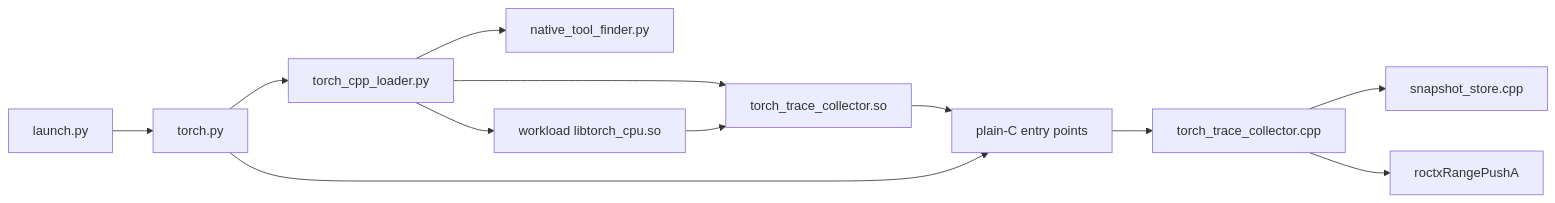
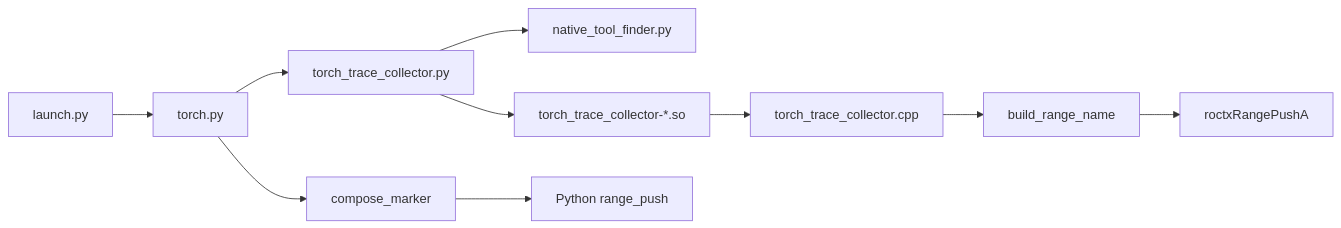
Before and after one commit to ROCm/rocm-systems: the first of 2 diagrams in projects/rocprofiler-compute/docs/design/lld-torch-trace-collector.md, drawn with Mermaid. The commit also changed other lines of this file and 2 other files, not shown here.

Commit message:
[rocprofiler-compute] Rewrite collector one-level design docs

````diff
--- a/projects/rocprofiler-compute/docs/design/lld-torch-trace-collector.md
+++ b/projects/rocprofiler-compute/docs/design/lld-torch-trace-collector.md
@@ -11,14 +11,12 @@
 ```mermaid
 flowchart LR
   launch["launch.py"] --> torch["torch.py"]
-  torch --> loader["torch_cpp_loader.py"]
+  torch --> loader["torch_trace_collector.py"]
   loader --> finder["native_tool_finder.py"]
-  loader --> cpu["workload libtorch_cpu.so"]
-  loader --> so["torch_trace_collector.so"]
-  cpu --> so
-  so --> api["plain-C entry points"]
-  torch --> api
-  api --> core["torch_trace_collector.cpp"]
-  core --> snap["snapshot_store.cpp"]
-  core --> roctx["roctxRangePushA"]
+  loader --> so["torch_trace_collector-*.so"]
+  so --> cpp["torch_trace_collector.cpp"]
+  cpp --> wire["build_range_name"]
+  wire --> roctx["roctxRangePushA"]
+  torch --> compose["compose_marker"]
+  compose --> pyroctx["Python range_push"]
 ```
````
